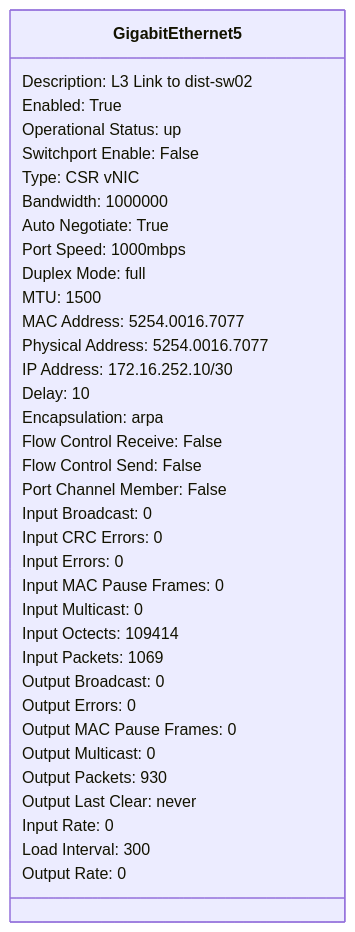
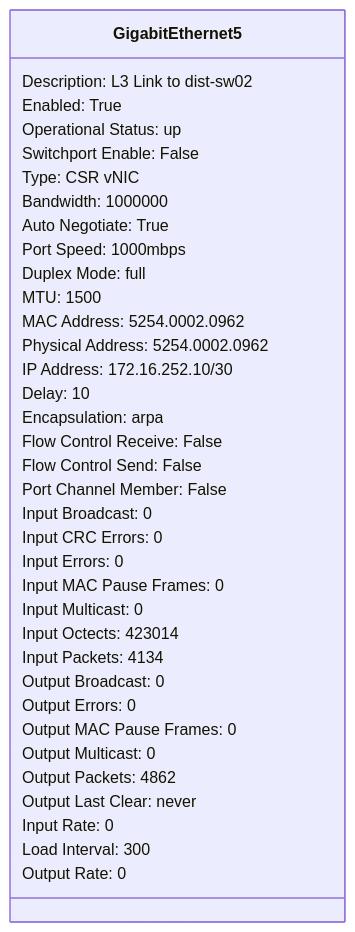
Before and after one commit to automateyournetwork/pyYAHTS: the fifth of 7 diagrams in Examples/IOS-XE/dist-rtr01 interface class.md, drawn with Mermaid. The commit also changed other lines of this file and 34 other files, not shown here.

Commit message:
ios-xe class diagrams

````diff
--- a/Examples/IOS-XE/dist-rtr01 interface class.md
+++ b/Examples/IOS-XE/dist-rtr01 interface class.md
@@ -167,41 +167,41 @@
 ```mermaid
 classDiagram
 class GigabitEthernet5{
 Description: L3 Link to dist-sw02
 Enabled: True
 Operational Status: up
 Switchport Enable: False
 Type: CSR vNIC
 Bandwidth: 1000000
 Auto Negotiate: True
 Port Speed: 1000mbps
 Duplex Mode: full
 MTU: 1500
-MAC Address: 5254.0016.7077
-Physical Address: 5254.0016.7077
+MAC Address: 5254.0002.0962
+Physical Address: 5254.0002.0962
 IP Address: 172.16.252.10/30
 Delay: 10
 Encapsulation: arpa
 Flow Control Receive: False
 Flow Control Send: False
 
 
 Port Channel Member: False
 Input Broadcast: 0
 Input CRC Errors: 0
 Input Errors: 0
 Input MAC Pause Frames: 0
 Input Multicast: 0
-Input Octects: 109414
-Input Packets: 1069
+Input Octects: 423014
+Input Packets: 4134
 Output Broadcast: 0
 Output Errors: 0
 Output MAC Pause Frames: 0
 Output Multicast: 0
-Output Packets: 930
+Output Packets: 4862
 Output Last Clear: never
 Input Rate: 0
 Load Interval: 300
 Output Rate: 0
 }
 ```
````
